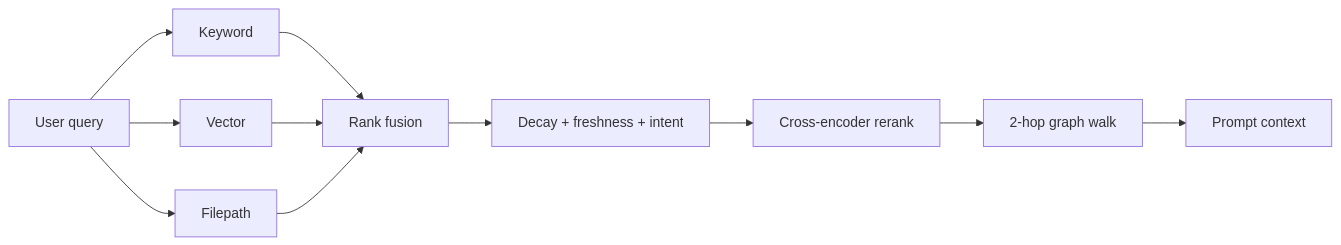
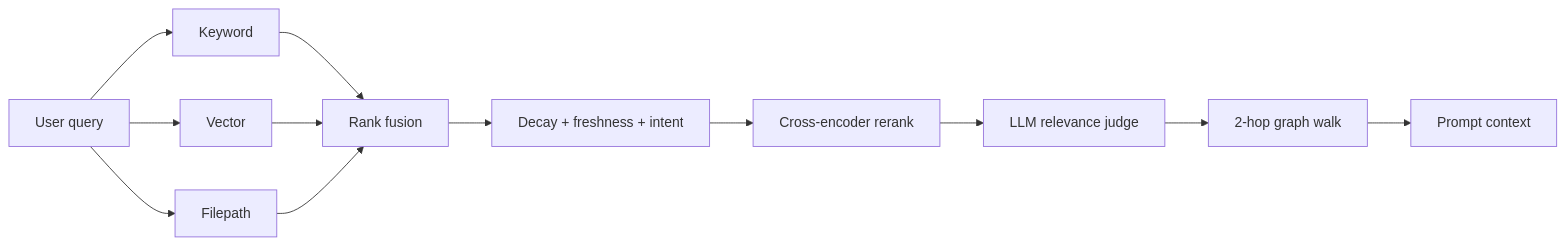
The second of 2 diagrams in BRAINROUTER.md (kinqsradiollc/BrainRouter), drawn with Mermaid before and after one commit. The commit also changed other lines of this file and 6 other files, not shown here.

First line of the commit message:
chore(0.3.5): env templates reorg + docs diagram refresh

````diff
--- a/BRAINROUTER.md
+++ b/BRAINROUTER.md
@@ -29,13 +29,14 @@
 ```mermaid
 graph LR
     Q[User query] --> FTS[Keyword]
     Q --> Vec[Vector]
     Q --> Path[Filepath]
     FTS --> Fuse[Rank fusion]
     Vec --> Fuse
     Path --> Fuse
     Fuse --> Rank[Decay + freshness + intent]
     Rank --> Rerank[Cross-encoder rerank]
-    Rerank --> Graph[2-hop graph walk]
+    Rerank --> Judge[LLM relevance judge]
+    Judge --> Graph[2-hop graph walk]
     Graph --> Out[Prompt context]
 ```
````
